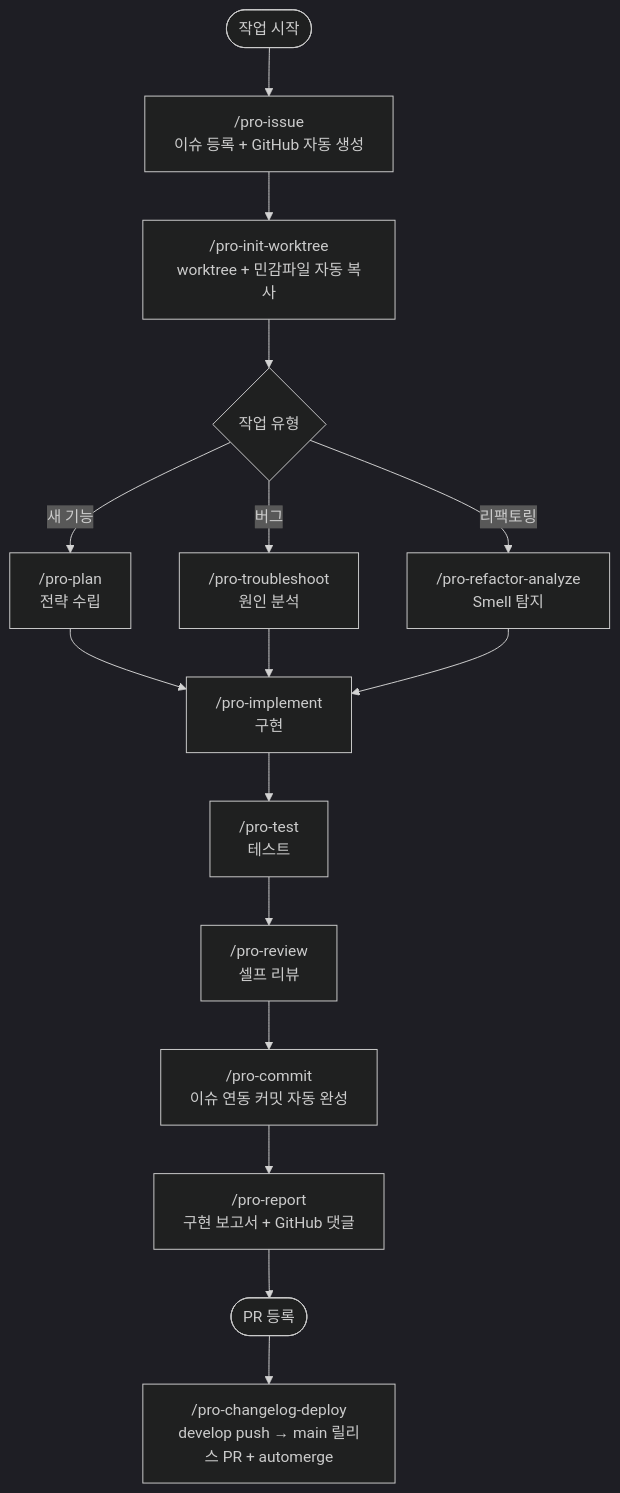
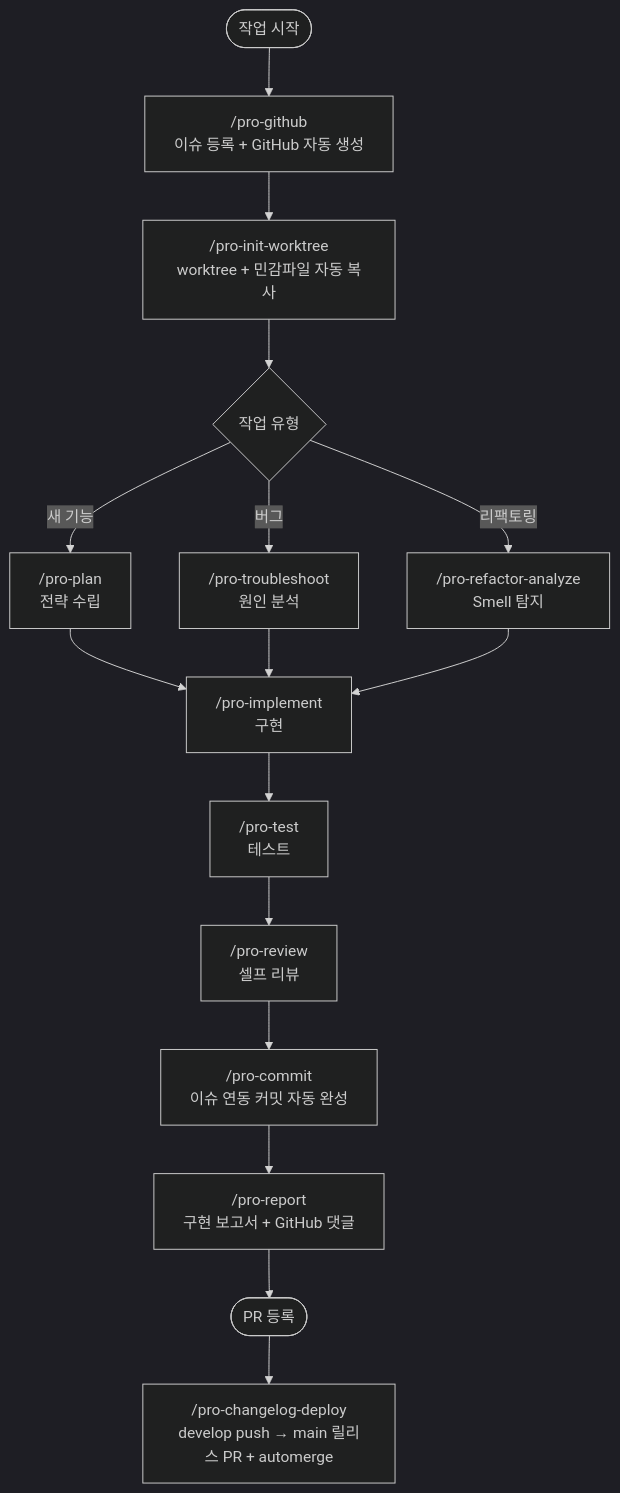
The first of 2 diagrams in README.md (Cassiiopeia/SUH-DEVOPS-TEMPLATE), drawn with Mermaid (dark theme) before and after one commit. The commit also changed other lines of this file and 21 other files, not shown here.

````diff
--- a/README.md
+++ b/README.md
@@ -41,20 +41,20 @@
 ```mermaid
 flowchart TD
-    A([작업 시작]) --> B["/pro-issue\n이슈 등록 + GitHub 자동 생성"]
+    A([작업 시작]) --> B["/pro-github\n이슈 등록 + GitHub 자동 생성"]
     B --> C["/pro-init-worktree\nworktree + 민감파일 자동 복사"]
     C --> D{작업 유형}
 
     D -->|새 기능| E1["/pro-plan\n전략 수립"]
     D -->|버그| E2["/pro-troubleshoot\n원인 분석"]
     D -->|리팩토링| E3["/pro-refactor-analyze\nSmell 탐지"]
 
     E1 --> F["/pro-implement\n구현"]
     E2 --> F
     E3 --> F
     F --> G["/pro-test\n테스트"]
     G --> H["/pro-review\n셀프 리뷰"]
     H --> I["/pro-commit\n이슈 연동 커밋 자동 완성"]
     I --> J["/pro-report\n구현 보고서 + GitHub 댓글"]
     J --> K([PR 등록])
     K --> L["/pro-changelog-deploy\ndevelop push → main 릴리스 PR + automerge"]
 ```
````
